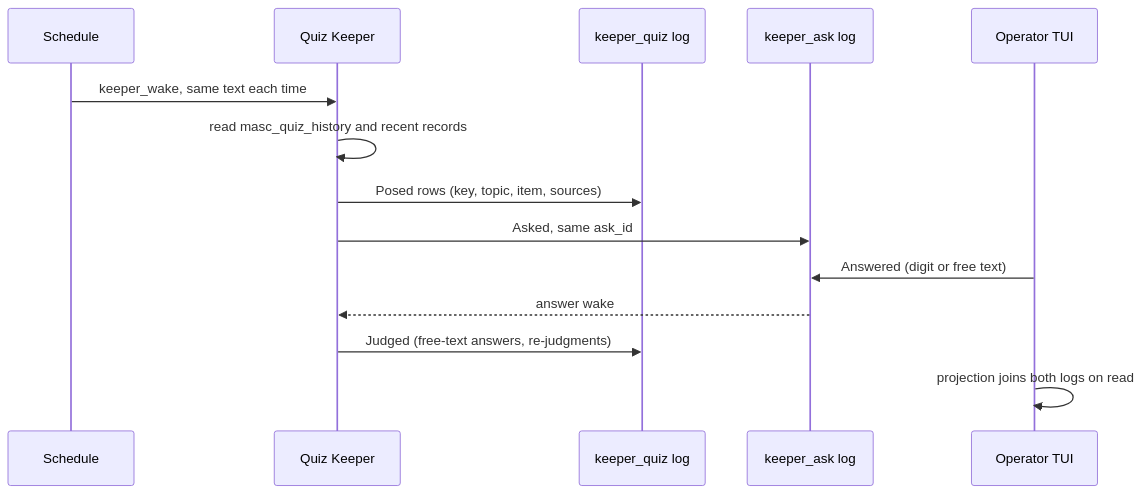
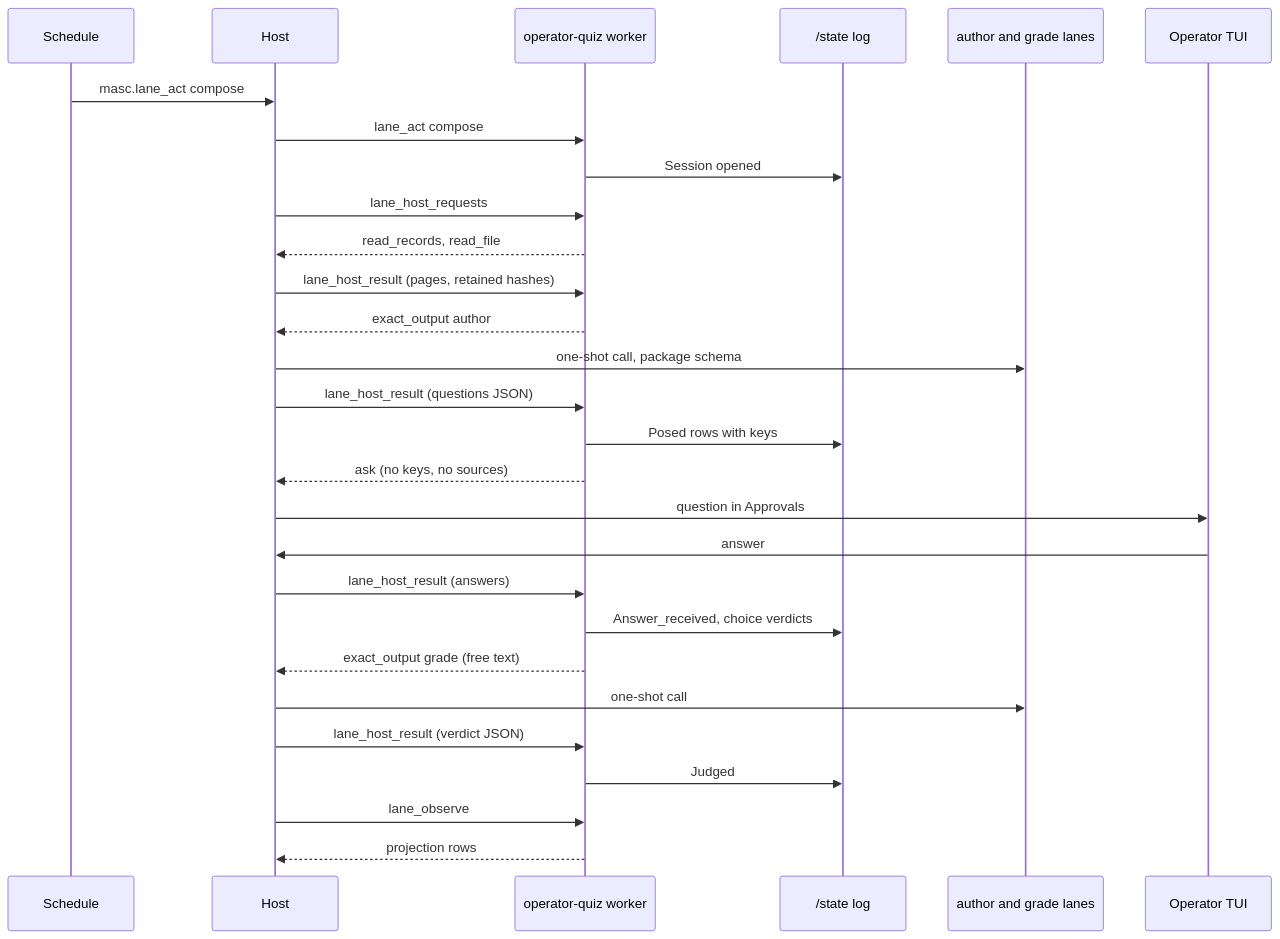
One commit to jeong-sik/masc changed the diagram in docs/rfc/RFC-operator-quiz-lane.md. Above: the diagram before and after it, drawn with Mermaid. The commit also changed other lines of this file, not shown here.

First line of the commit message:
docs(rfc): redesign operator quiz as a Lane Add-on with its own exact-output lanes

````diff
--- a/docs/rfc/RFC-operator-quiz-lane.md
+++ b/docs/rfc/RFC-operator-quiz-lane.md
@@ -174,16 +233,30 @@
 ```mermaid
 sequenceDiagram
   participant S as Schedule
-  participant K as Quiz Keeper
-  participant Q as keeper_quiz log
-  participant A as keeper_ask log
+  participant H as Host
+  participant W as operator-quiz worker
+  participant V as /state log
+  participant L as author and grade lanes
   participant T as Operator TUI
-  S->>K: keeper_wake, same text each time
-  K->>K: read masc_quiz_history and recent records
-  K->>Q: Posed rows (key, topic, item, sources)
-  K->>A: Asked, same ask_id
-  T->>A: Answered (digit or free text)
-  A-->>K: answer wake
-  K->>Q: Judged (free-text answers, re-judgments)
-  T->>T: projection joins both logs on read
+  S->>H: masc.lane_act compose
+  H->>W: lane_act compose
+  W->>V: Session opened
+  H->>W: lane_host_requests
+  W-->>H: read_records, read_file
+  H->>W: lane_host_result (pages, retained hashes)
+  W-->>H: exact_output author
+  H->>L: one-shot call, package schema
+  H->>W: lane_host_result (questions JSON)
+  W->>V: Posed rows with keys
+  W-->>H: ask (no keys, no sources)
+  H->>T: question in Approvals
+  T->>H: answer
+  H->>W: lane_host_result (answers)
+  W->>V: Answer_received, choice verdicts
+  W-->>H: exact_output grade (free text)
+  H->>L: one-shot call
+  H->>W: lane_host_result (verdict JSON)
+  W->>V: Judged
+  H->>W: lane_observe
+  W-->>H: projection rows
 ```
````
